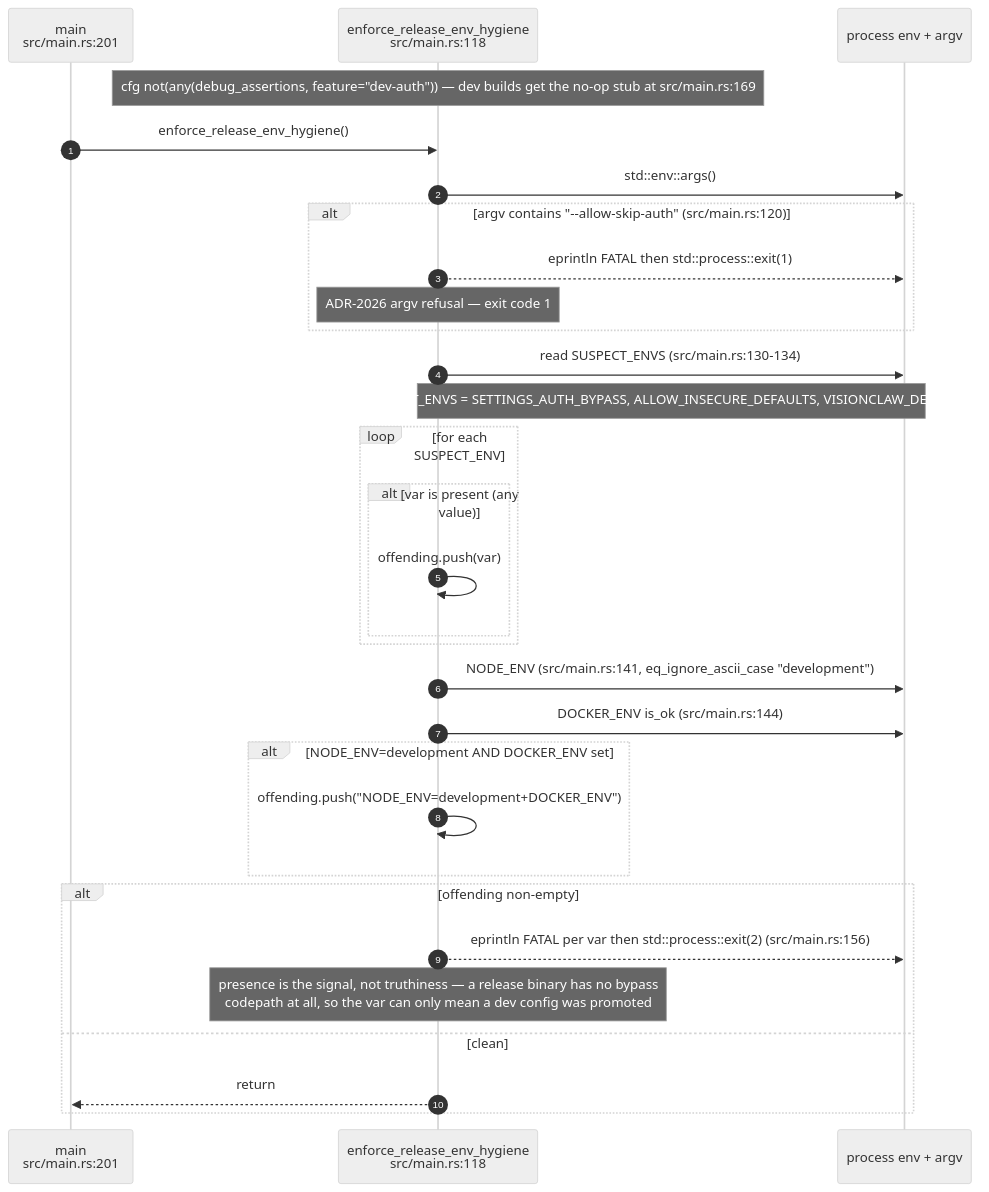
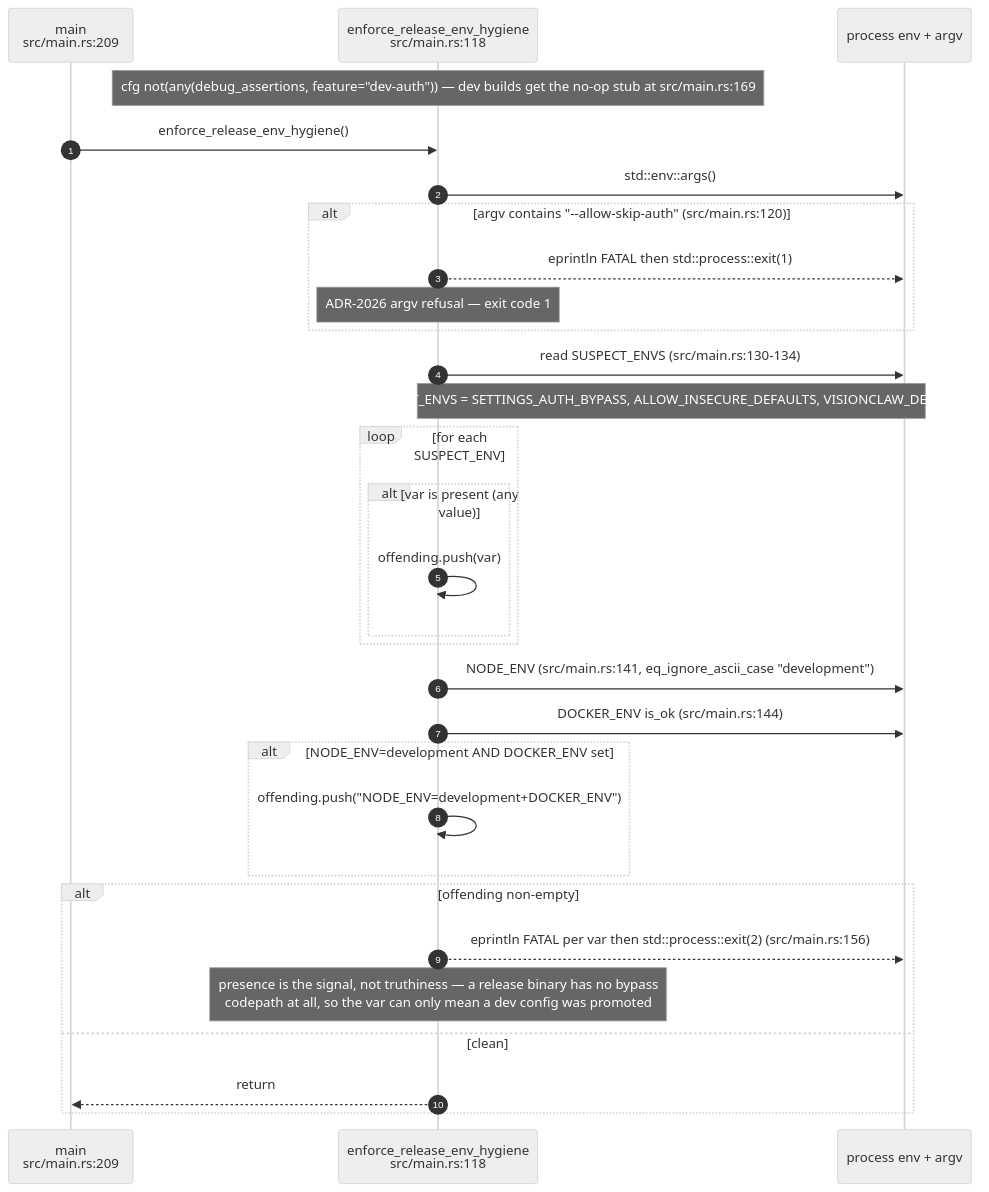
The third of 15 diagrams in docs/diagrams/visionclaw/09-config-and-env-flags.md (DreamLab-AI/VisionFlow), drawn with Mermaid (neutral theme) before and after one commit. The commit also changed other lines of this file and 111 other files, not shown here.

Commit message:
docs(diagrams): align estate maps with current source

````diff
--- a/docs/diagrams/visionclaw/09-config-and-env-flags.md
+++ b/docs/diagrams/visionclaw/09-config-and-env-flags.md
@@ -153,33 +154,33 @@
 ```mermaid
 sequenceDiagram
     autonumber
-    participant M as main<br/>src/main.rs:201
+    participant M as main<br/>src/main.rs:209
     participant H as enforce_release_env_hygiene<br/>src/main.rs:118
     participant OS as process env + argv
 
     Note over H: cfg not(any(debug_assertions, feature="dev-auth")) — dev builds get the no-op stub at src/main.rs:169
     M->>H: enforce_release_env_hygiene()
     H->>OS: std::env::args()
     alt argv contains "--allow-skip-auth" (src/main.rs:120)
         H-->>OS: eprintln FATAL then std::process::exit(1)
         Note over H: ADR-2026 argv refusal — exit code 1
     end
     H->>OS: read SUSPECT_ENVS (src/main.rs:130-134)
     Note over H,OS: SUSPECT_ENVS = SETTINGS_AUTH_BYPASS, ALLOW_INSECURE_DEFAULTS, VISIONCLAW_DEV_MODE
     loop for each SUSPECT_ENV
         alt var is present (any value)
             H->>H: offending.push(var)
         end
     end
     H->>OS: NODE_ENV (src/main.rs:141, eq_ignore_ascii_case "development")
     H->>OS: DOCKER_ENV is_ok (src/main.rs:144)
     alt NODE_ENV=development AND DOCKER_ENV set
         H->>H: offending.push("NODE_ENV=development+DOCKER_ENV")
     end
     alt offending non-empty
         H-->>OS: eprintln FATAL per var then std::process::exit(2) (src/main.rs:156)
         Note over H: presence is the signal, not truthiness — a release binary has no bypass<br/>codepath at all, so the var can only mean a dev config was promoted
     else clean
         H-->>M: return
     end
 ```
````
